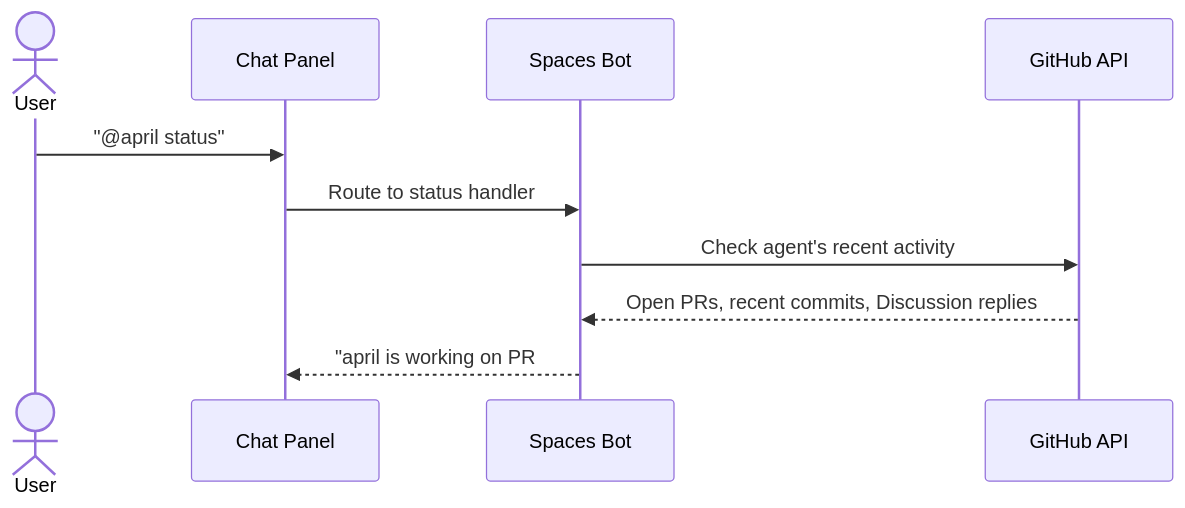
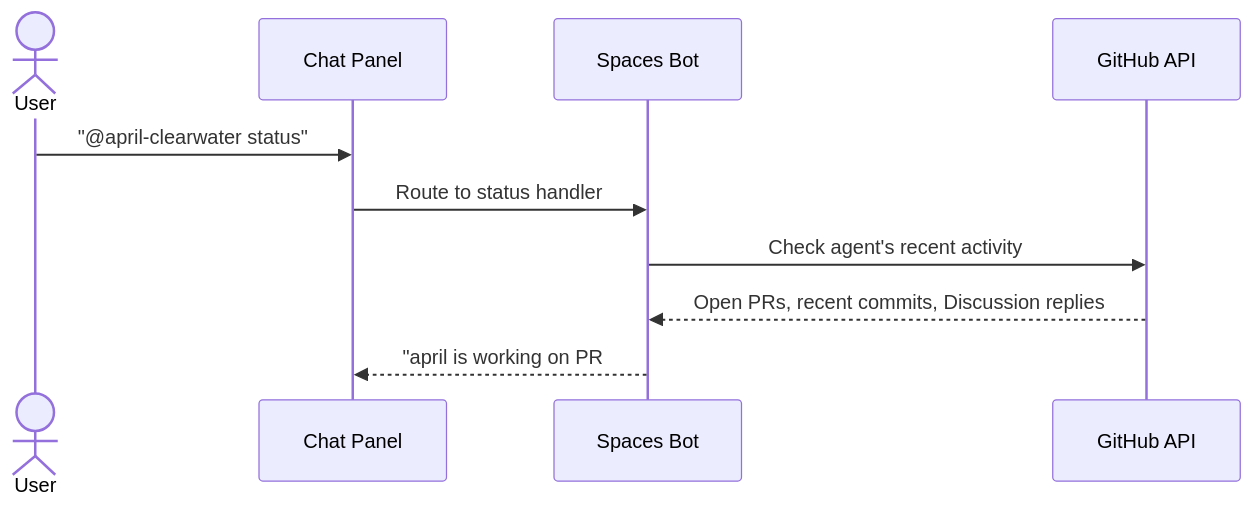
The third of 3 diagrams in docs/design/user-stories.md (fairchild/workspaces), drawn with Mermaid before and after one commit. The commit also changed other lines of this file and 15 other files, not shown here.

````diff
--- a/docs/design/user-stories.md
+++ b/docs/design/user-stories.md
@@ -145,13 +145,13 @@
 ```mermaid
 sequenceDiagram
     actor User
     participant Chat as Chat Panel
     participant Bot as Spaces Bot
     participant GH as GitHub API
 
-    User->>Chat: "@april status"
+    User->>Chat: "@april-clearwater status"
     Chat->>Bot: Route to status handler
     Bot->>GH: Check agent's recent activity
     GH-->>Bot: Open PRs, recent commits, Discussion replies
     Bot-->>Chat: "april is working on PR #245 (fix/flaky-test). Last commit 3m ago. CI running."
 ```
````
